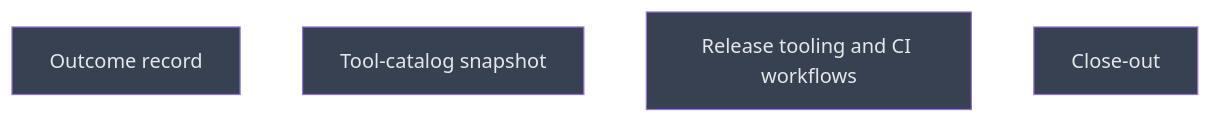
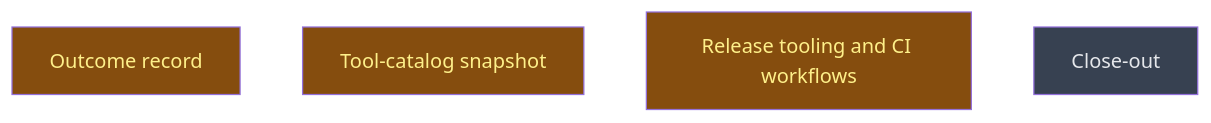
Before and after one commit to CrackingShells/Candler: the diagram in __roadmap__/wire-schemas/records/README.md, drawn with Mermaid. The commit also changed other lines of this file and 4 other files, not shown here.

First line of the commit message:
rdm(schemas): close the first level and start the records

````diff
--- a/__roadmap__/wire-schemas/records/README.md
+++ b/__roadmap__/wire-schemas/records/README.md
@@ -26,12 +26,12 @@
 ```mermaid
 graph TD
-    outcome_record[Outcome record]:::planned
-    catalog_snapshot[Tool-catalog snapshot]:::planned
-    release_ci[Release tooling and CI workflows]:::planned
+    outcome_record[Outcome record]:::inprogress
+    catalog_snapshot[Tool-catalog snapshot]:::inprogress
+    release_ci[Release tooling and CI workflows]:::inprogress
     closeout[Close-out]:::planned
     classDef done       fill:#166534,color:#bbf7d0
     classDef inprogress fill:#854d0e,color:#fef08a
     classDef planned    fill:#374151,color:#e5e7eb
     classDef amendment  fill:#1e3a5f,color:#bfdbfe
     classDef blocked    fill:#7f1d1d,color:#fecaca
 ```
````
